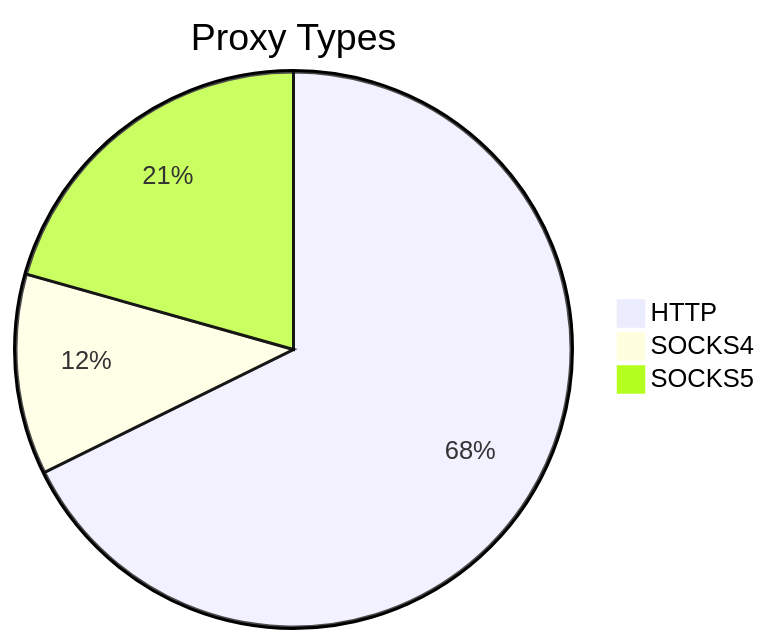
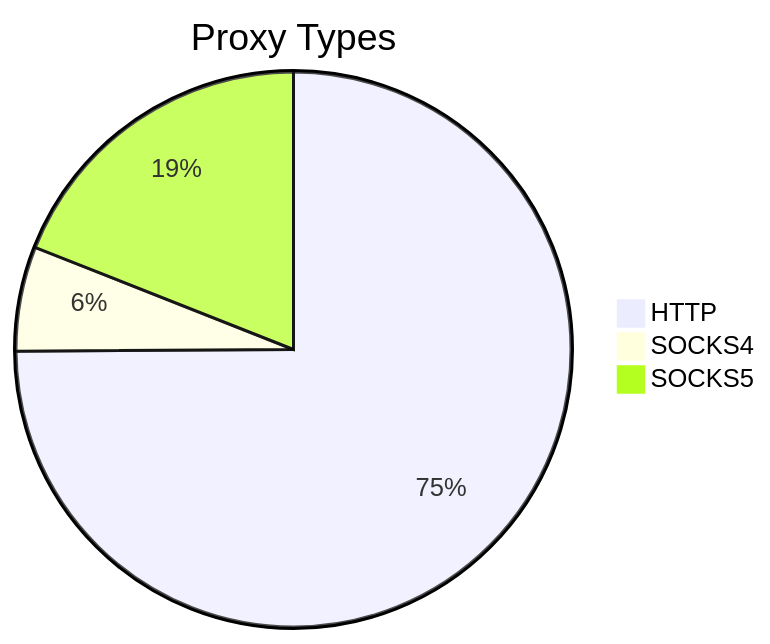
The first of 2 diagrams in README.md (stormsia/proxy-list), drawn with Mermaid before and after one commit. The commit also changed other lines of this file, not shown here.

````diff
--- a/README.md
+++ b/README.md
@@ -21,6 +21,6 @@
 ```mermaid
 pie title Proxy Types
-    "HTTP" : 174
-    "SOCKS4" : 30
-    "SOCKS5" : 53
+    "HTTP" : 197
+    "SOCKS4" : 16
+    "SOCKS5" : 50
 ```
````
